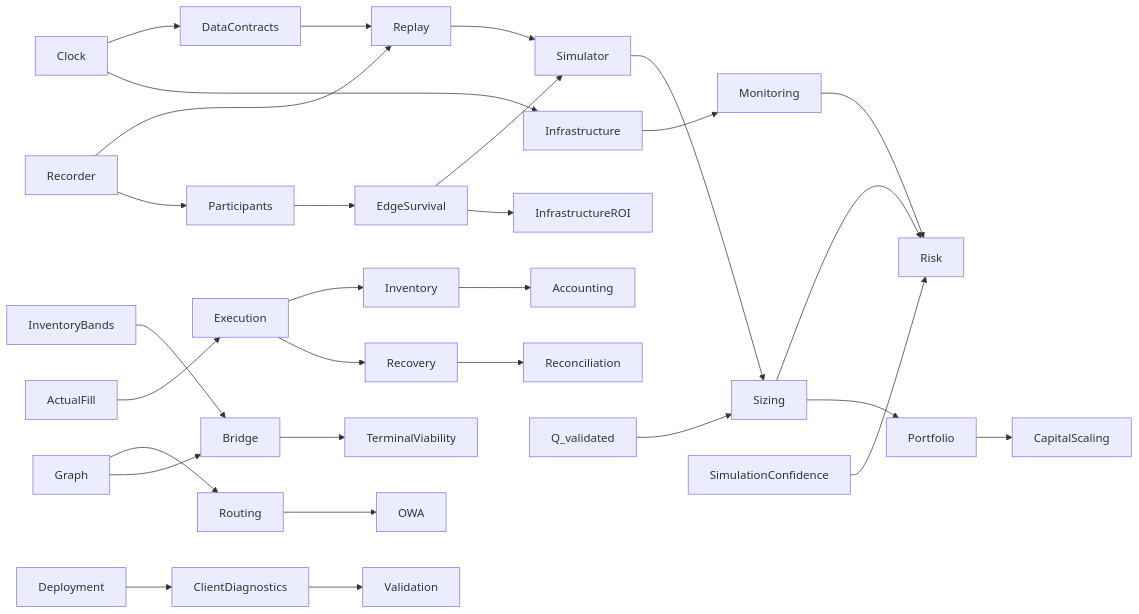
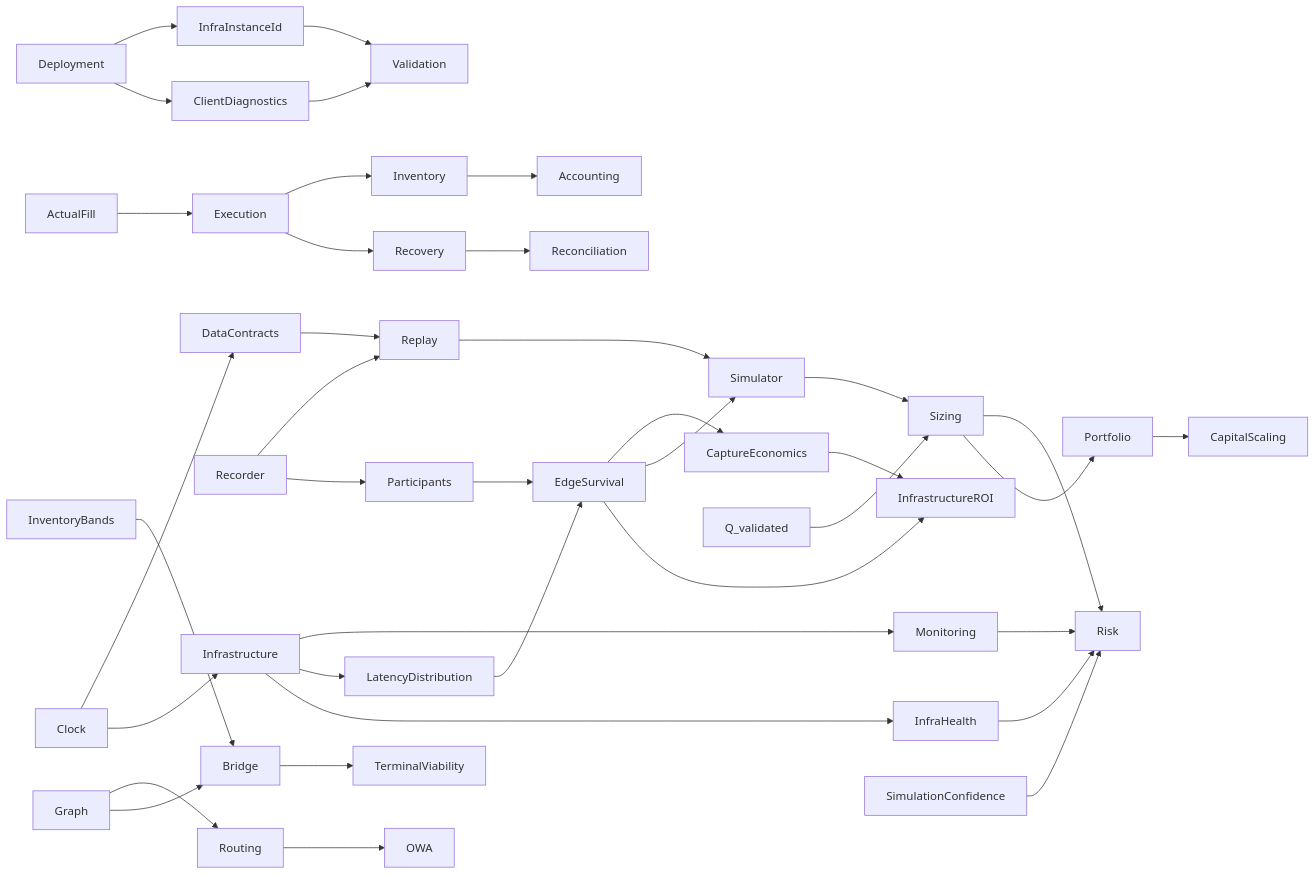
The diagram in docs_v2/_analysis/CROSS_DOMAIN_DEPENDENCIES.md (Insular2895/hyperliquid-arbitrage-bot), drawn with Mermaid before and after one commit. The commit also changed other lines of this file and 22 other files, not shown here.

````diff
--- a/docs_v2/_analysis/CROSS_DOMAIN_DEPENDENCIES.md
+++ b/docs_v2/_analysis/CROSS_DOMAIN_DEPENDENCIES.md
@@ -5,17 +5,21 @@
 ```mermaid
 flowchart LR
   Clock --> DataContracts --> Replay --> Simulator
   Clock --> Infrastructure --> Monitoring --> Risk
+  Infrastructure --> LatencyDistribution --> EdgeSurvival
+  EdgeSurvival --> CaptureEconomics --> InfrastructureROI
+  Infrastructure --> InfraHealth --> Risk
+  Deployment --> InfraInstanceId --> Validation
   ActualFill --> Execution --> Inventory --> Accounting
   Execution --> Recovery --> Reconciliation
   Recorder --> Replay
   Recorder --> Participants --> EdgeSurvival
   EdgeSurvival --> Simulator --> Sizing --> Risk
   EdgeSurvival --> InfrastructureROI
   QValidated[Q_validated] --> Sizing --> Portfolio --> CapitalScaling
   InventoryBands --> Bridge --> TerminalViability
   SimulationConfidence --> Risk
   Graph --> Routing --> OWA
   Graph --> Bridge
   Deployment --> ClientDiagnostics --> Validation
 ```
````
